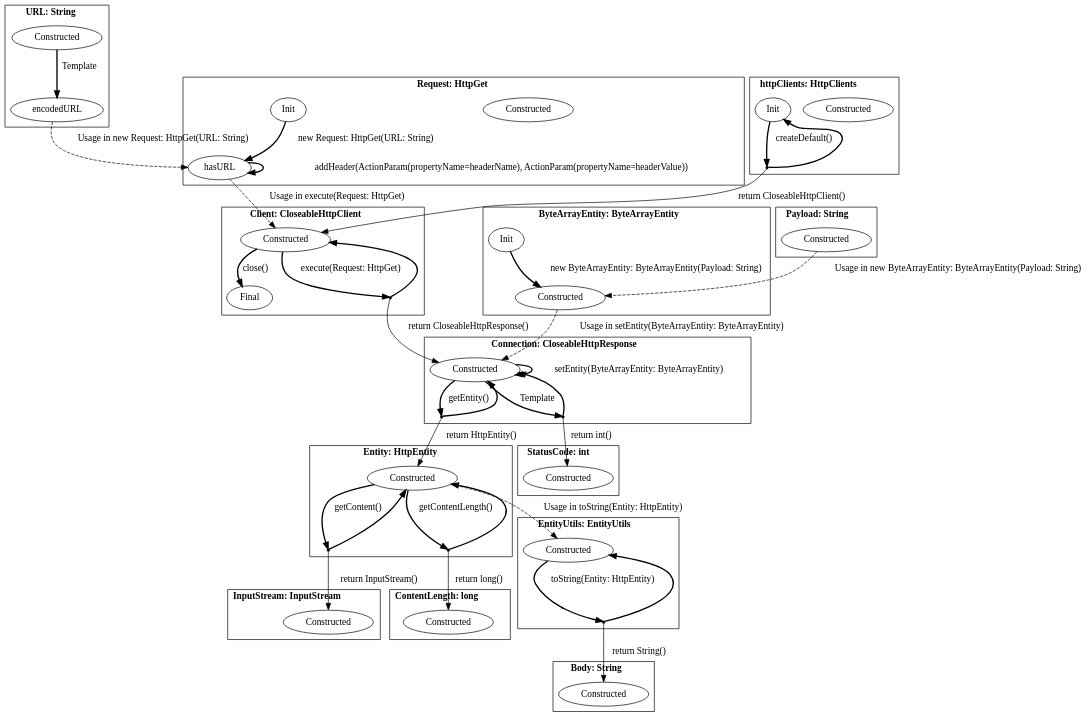
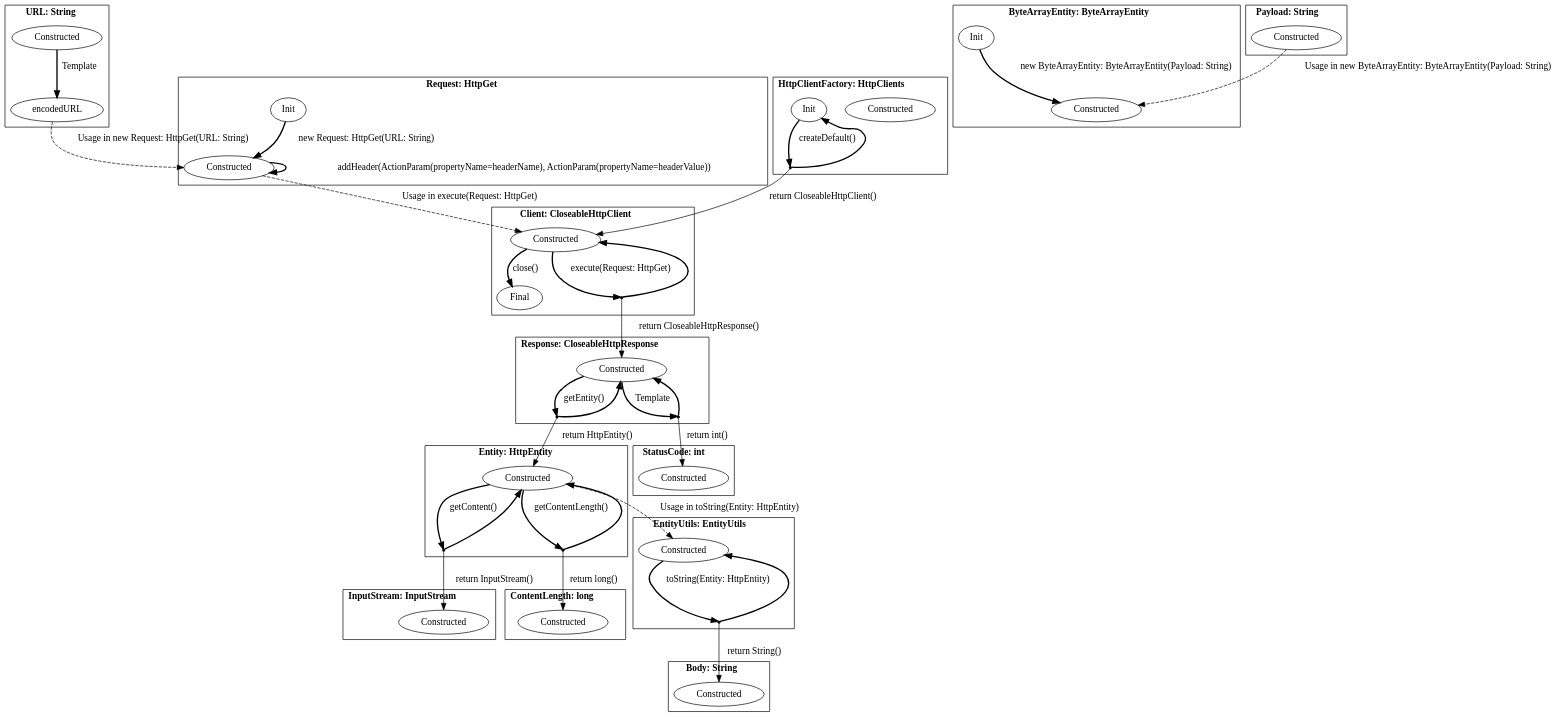
Before and after one commit to h31/LibraryMigration: the diagram in pictures/apache.dot, drawn with Graphviz. The commit also changed 11 other files, not shown here.

```diff
--- a/pictures/apache.dot
+++ b/pictures/apache.dot
@@ -1,100 +1,97 @@
 digraph G {
     bgcolor="transparent";
     subgraph cluster0 {
     label = <<B>URL: String</B>>;
         Constructed_URL [ label="Constructed" ];
         encodedURL_URL [ label="encodedURL" ];
     }
     subgraph cluster1 {
     label = <<B>Request: HttpGet</B>>;
         Constructed_Request [ label="Constructed" ];
-        hasURL_Request [ label="hasURL" ];
         Init_Request [ label="Init" ];
     }
     subgraph cluster2 {
     label = <<B>Client: CloseableHttpClient</B>>;
         Constructed_Client [ label="Constructed" ];
         Final_Client [ label="Final" ];
         virtual0 [ shape = point ];
     }
     subgraph cluster3 {
-    label = <<B>Connection: CloseableHttpResponse</B>>;
-        Constructed_Connection [ label="Constructed" ];
+    label = <<B>Response: CloseableHttpResponse</B>>;
+        Constructed_Response [ label="Constructed" ];
         virtual1 [ shape = point ];
         virtual2 [ shape = point ];
     }
     subgraph cluster4 {
     label = <<B>Body: String</B>>;
         Constructed_Body [ label="Constructed" ];
     }
     subgraph cluster5 {
-    label = <<B>httpClients: HttpClients</B>>;
-        Constructed_httpClients [ label="Constructed" ];
-        Init_httpClients [ label="Init" ];
+    label = <<B>HttpClientFactory: HttpClients</B>>;
+        Constructed_HttpClientFactory [ label="Constructed" ];
+        Init_HttpClientFactory [ label="Init" ];
         virtual3 [ shape = point ];
     }
     subgraph cluster6 {
     label = <<B>InputStream: InputStream</B>>;
         Constructed_InputStream [ label="Constructed" ];
     }
     subgraph cluster7 {
     label = <<B>ContentLength: long</B>>;
         Constructed_ContentLength [ label="Constructed" ];
     }
     subgraph cluster8 {
     label = <<B>Entity: HttpEntity</B>>;
         Constructed_Entity [ label="Constructed" ];
         virtual4 [ shape = point ];
         virtual5 [ shape = point ];
     }
     subgraph cluster9 {
     label = <<B>EntityUtils: EntityUtils</B>>;
         Constructed_EntityUtils [ label="Constructed" ];
         virtual6 [ shape = point ];
     }
     subgraph cluster10 {
     label = <<B>StatusCode: int</B>>;
         Constructed_StatusCode [ label="Constructed" ];
     }
     subgraph cluster11 {
     label = <<B>ByteArrayEntity: ByteArrayEntity</B>>;
         Constructed_ByteArrayEntity [ label="Constructed" ];
         Init_ByteArrayEntity [ label="Init" ];
     }
     subgraph cluster12 {
     label = <<B>Payload: String</B>>;
         Constructed_Payload [ label="Constructed" ];
     }
         Constructed_URL -> encodedURL_URL [ label="Template", style = "bold"  ];
-        encodedURL_URL -> hasURL_Request [ label="Usage in new Request: HttpGet(URL: String)", style = "dashed"  ];
-        Init_Request -> hasURL_Request [ label="new Request: HttpGet(URL: String)", style = "bold"  ];
-        hasURL_Request -> hasURL_Request [ label="addHeader(ActionParam(propertyName&#x3D;headerName), ActionParam(propertyName&#x3D;headerValue))", style = "bold"  ];
-        hasURL_Request -> Constructed_Client [ label="Usage in execute(Request: HttpGet)", style = "dashed"  ];
+        encodedURL_URL -> Constructed_Request [ label="Usage in new Request: HttpGet(URL: String)", style = "dashed"  ];
+        Init_Request -> Constructed_Request [ label="new Request: HttpGet(URL: String)", style = "bold"  ];
+        Constructed_Request -> Constructed_Request [ label="addHeader(ActionParam(propertyName&#x3D;headerName), ActionParam(propertyName&#x3D;headerValue))", style = "bold"  ];
+        Constructed_Request -> Constructed_Client [ label="Usage in execute(Request: HttpGet)", style = "dashed"  ];
         Constructed_Client -> virtual0 [ style = "bold" label="execute(Request: HttpGet)"  ];
         virtual0 -> Constructed_Client [ style = "bold"  ];
-        virtual0 -> Constructed_Connection [ label="return CloseableHttpResponse()"  ];
+        virtual0 -> Constructed_Response [ label="return CloseableHttpResponse()"  ];
         Constructed_Client -> Final_Client [ label="close()", style = "bold"  ];
-        Constructed_Connection -> Constructed_Connection [ label="setEntity(ByteArrayEntity: ByteArrayEntity)", style = "bold"  ];
-        Constructed_Connection -> virtual1 [ style = "bold" label="getEntity()"  ];
-        virtual1 -> Constructed_Connection [ style = "bold"  ];
+        Constructed_Response -> virtual1 [ style = "bold" label="getEntity()"  ];
+        virtual1 -> Constructed_Response [ style = "bold"  ];
         virtual1 -> Constructed_Entity [ label="return HttpEntity()"  ];
-        Constructed_Connection -> virtual2 [ style = "bold" label="Template"  ];
-        virtual2 -> Constructed_Connection [ style = "bold"  ];
+        Constructed_Response -> virtual2 [ style = "bold" label="Template"  ];
+        virtual2 -> Constructed_Response [ style = "bold"  ];
         virtual2 -> Constructed_StatusCode [ label="return int()"  ];
-        Init_httpClients -> virtual3 [ style = "bold" label="createDefault()"  ];
-        virtual3 -> Init_httpClients [ style = "bold"  ];
+        Init_HttpClientFactory -> virtual3 [ style = "bold" label="createDefault()"  ];
+        virtual3 -> Init_HttpClientFactory [ style = "bold"  ];
         virtual3 -> Constructed_Client [ label="return CloseableHttpClient()"  ];
         Constructed_Entity -> Constructed_EntityUtils [ label="Usage in toString(Entity: HttpEntity)", style = "dashed"  ];
         Constructed_Entity -> virtual4 [ style = "bold" label="getContent()"  ];
         virtual4 -> Constructed_Entity [ style = "bold"  ];
         virtual4 -> Constructed_InputStream [ label="return InputStream()"  ];
         Constructed_Entity -> virtual5 [ style = "bold" label="getContentLength()"  ];
         virtual5 -> Constructed_Entity [ style = "bold"  ];
         virtual5 -> Constructed_ContentLength [ label="return long()"  ];
         Constructed_EntityUtils -> virtual6 [ style = "bold" label="toString(Entity: HttpEntity)"  ];
         virtual6 -> Constructed_EntityUtils [ style = "bold"  ];
         virtual6 -> Constructed_Body [ label="return String()"  ];
         Init_ByteArrayEntity -> Constructed_ByteArrayEntity [ label="new ByteArrayEntity: ByteArrayEntity(Payload: String)", style = "bold"  ];
-        Constructed_ByteArrayEntity -> Constructed_Connection [ label="Usage in setEntity(ByteArrayEntity: ByteArrayEntity)", style = "dashed"  ];
         Constructed_Payload -> Constructed_ByteArrayEntity [ label="Usage in new ByteArrayEntity: ByteArrayEntity(Payload: String)", style = "dashed"  ];
 }
```
